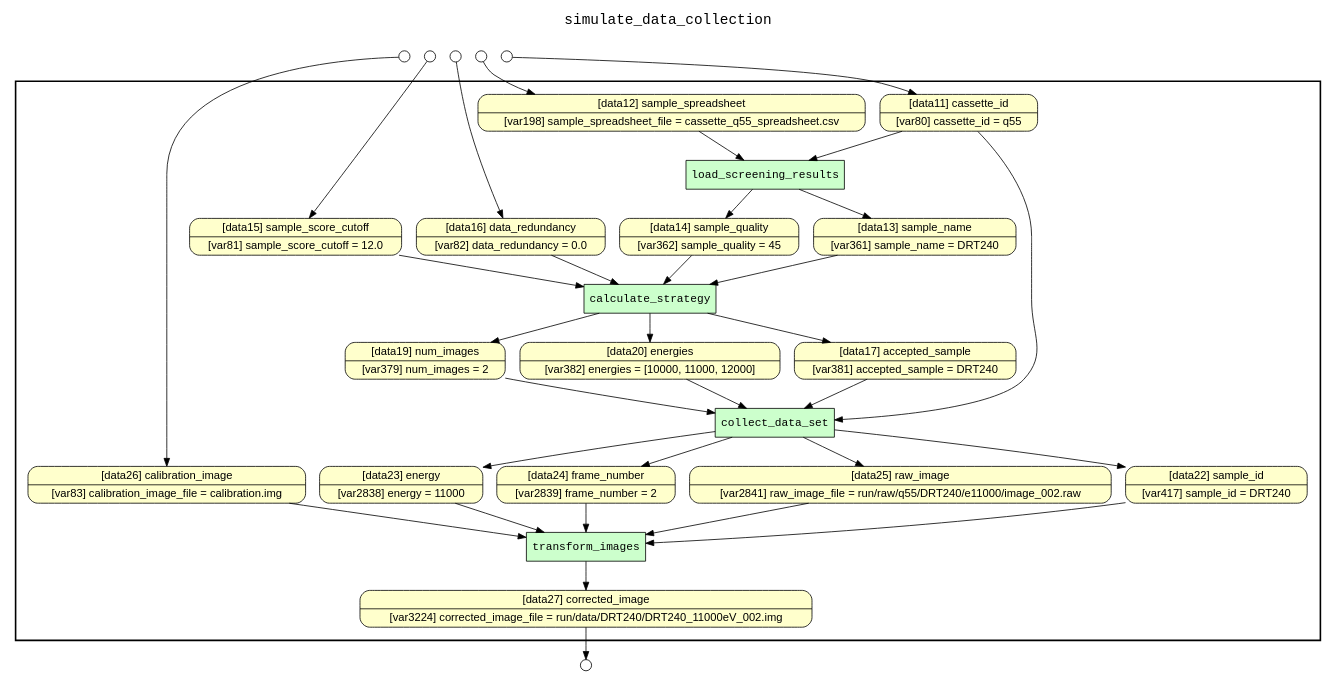
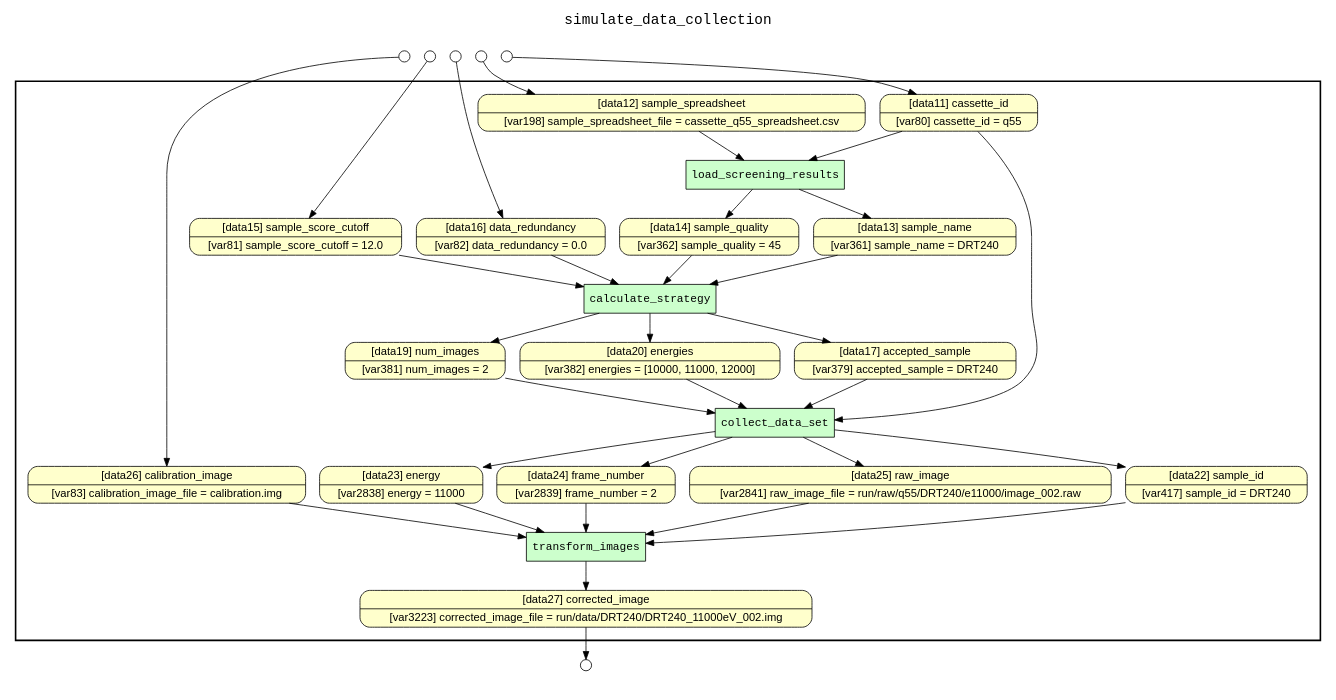
The diagram in examples/simulate_data_collection/yw_nw_retrospective_lineage.gv (yesworkflow-org/yw-noworkflow), drawn with Graphviz before and after one commit. The commit also changed 23 other files, not shown here.

Commit message:
Makefile now allow for selective rebuild of individual graphs.

```diff
--- a/examples/simulate_data_collection/yw_nw_retrospective_lineage.gv
+++ b/examples/simulate_data_collection/yw_nw_retrospective_lineage.gv
@@ -1,76 +1,76 @@
 
 digraph yw_data_view {
 rankdir=TB
 fontname=Courier; fontsize=18; labelloc=t
 label="simulate_data_collection"
 subgraph cluster_workflow { label=""; color=black; penwidth=2
 subgraph cluster_workflow_inner { label=""; color=white
 node[shape=box style="filled" fillcolor="#CCFFCC" peripheries=1 fontname=Courier]
 collect_data_set
 calculate_strategy
 load_screening_results
 transform_images
 node[shape=box style="filled" fillcolor="#CCFFCC" peripheries=1 fontname=Courier]
 node[shape=box style="rounded,filled" fillcolor="#FFFFCC" peripheries=1 fontname=Helvetica]
 cassette_id [shape=record rankdir=LR label="{<f0> [data11] cassette_id |<f1> [var80] cassette_id = q55}"]
 sample_spreadsheet [shape=record rankdir=LR label="{<f0> [data12] sample_spreadsheet |<f1> [var198] sample_spreadsheet_file = cassette_q55_spreadsheet.csv}"]
 sample_name [shape=record rankdir=LR label="{<f0> [data13] sample_name |<f1> [var361] sample_name = DRT240}"]
 sample_quality [shape=record rankdir=LR label="{<f0> [data14] sample_quality |<f1> [var362] sample_quality = 45}"]
 sample_score_cutoff [shape=record rankdir=LR label="{<f0> [data15] sample_score_cutoff |<f1> [var81] sample_score_cutoff = 12.0}"]
 data_redundancy [shape=record rankdir=LR label="{<f0> [data16] data_redundancy |<f1> [var82] data_redundancy = 0.0}"]
-accepted_sample [shape=record rankdir=LR label="{<f0> [data17] accepted_sample |<f1> [var381] accepted_sample = DRT240}"]
-num_images [shape=record rankdir=LR label="{<f0> [data19] num_images |<f1> [var379] num_images = 2}"]
+accepted_sample [shape=record rankdir=LR label="{<f0> [data17] accepted_sample |<f1> [var379] accepted_sample = DRT240}"]
+num_images [shape=record rankdir=LR label="{<f0> [data19] num_images |<f1> [var381] num_images = 2}"]
 energies [shape=record rankdir=LR label="{<f0> [data20] energies |<f1> [var382] energies = [10000, 11000, 12000]}"]
 sample_id [shape=record rankdir=LR label="{<f0> [data22] sample_id |<f1> [var417] sample_id = DRT240}"]
 energy [shape=record rankdir=LR label="{<f0> [data23] energy |<f1> [var2838] energy = 11000}"]
 frame_number [shape=record rankdir=LR label="{<f0> [data24] frame_number |<f1> [var2839] frame_number = 2}"]
 raw_image [shape=record rankdir=LR label="{<f0> [data25] raw_image |<f1> [var2841] raw_image_file = run/raw/q55/DRT240/e11000/image_002.raw}"]
 calibration_image [shape=record rankdir=LR label="{<f0> [data26] calibration_image |<f1> [var83] calibration_image_file = calibration.img}"]
-corrected_image [shape=record rankdir=LR label="{<f0> [data27] corrected_image |<f1> [var3224] corrected_image_file = run/data/DRT240/DRT240_11000eV_002.img}"]
+corrected_image [shape=record rankdir=LR label="{<f0> [data27] corrected_image |<f1> [var3223] corrected_image_file = run/data/DRT240/DRT240_11000eV_002.img}"]
 }}
 subgraph cluster_inflows { label=""; color=white; penwidth=2
 subgraph cluster_inflows_inner { label=""; color=white
 node[shape=circle fillcolor="#FFFFFF" peripheries=1 width=0.2]
 sample_spreadsheet_inflow [label=""]
 calibration_image_inflow [label=""]
 sample_score_cutoff_inflow [label=""]
 data_redundancy_inflow [label=""]
 cassette_id_inflow [label=""]
 }}
 subgraph cluster_outflows { label=""; color=white; penwidth=2
 subgraph cluster_outflows_inner { label=""; color=white
 node[shape=circle fillcolor="#FFFFFF" peripheries=1 width=0.2]
 corrected_image_outflow [label=""]
 }}
+calibration_image -> transform_images
+num_images -> collect_data_set
+sample_name -> calculate_strategy
+accepted_sample -> collect_data_set
+raw_image -> transform_images
 frame_number -> transform_images
 energy -> transform_images
 energies -> collect_data_set
 sample_quality -> calculate_strategy
-sample_score_cutoff -> calculate_strategy
 cassette_id -> collect_data_set
 cassette_id -> load_screening_results
+sample_score_cutoff -> calculate_strategy
+sample_spreadsheet -> load_screening_results
 data_redundancy -> calculate_strategy
-calibration_image -> transform_images
 sample_id -> transform_images
-num_images -> collect_data_set
-sample_spreadsheet -> load_screening_results
-sample_name -> calculate_strategy
-accepted_sample -> collect_data_set
-raw_image -> transform_images
 load_screening_results -> sample_name
 load_screening_results -> sample_quality
 calculate_strategy -> accepted_sample
 calculate_strategy -> num_images
 calculate_strategy -> energies
 collect_data_set -> sample_id
 collect_data_set -> energy
 collect_data_set -> frame_number
 collect_data_set -> raw_image
 transform_images -> corrected_image
 sample_spreadsheet_inflow -> sample_spreadsheet
 calibration_image_inflow -> calibration_image
 sample_score_cutoff_inflow -> sample_score_cutoff
 data_redundancy_inflow -> data_redundancy
 cassette_id_inflow -> cassette_id
 corrected_image -> corrected_image_outflow
 }
```
